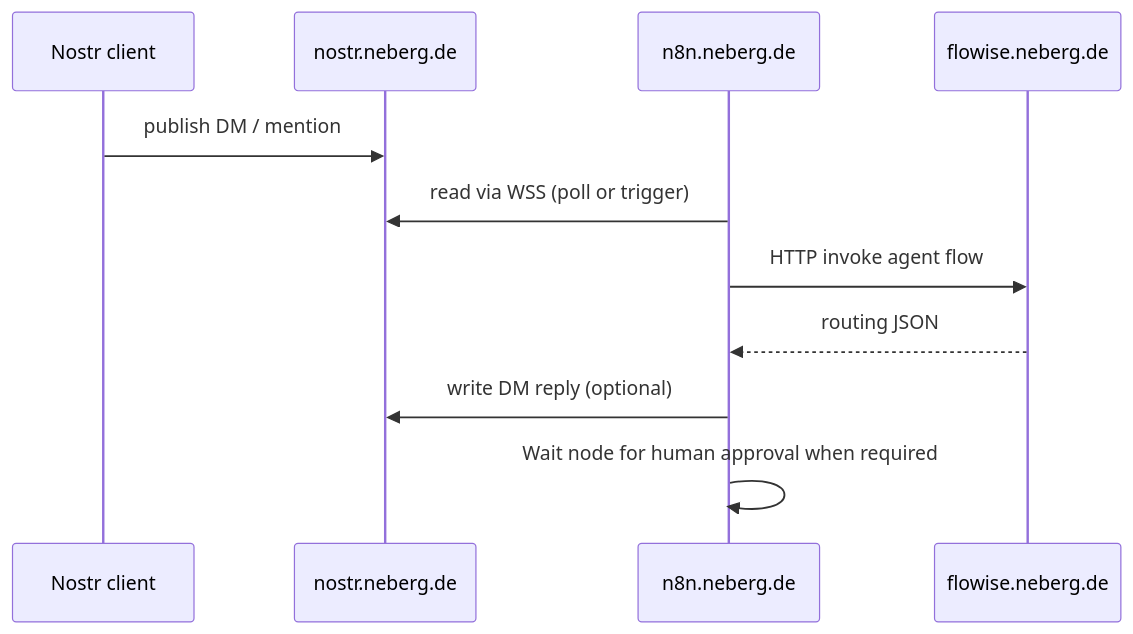
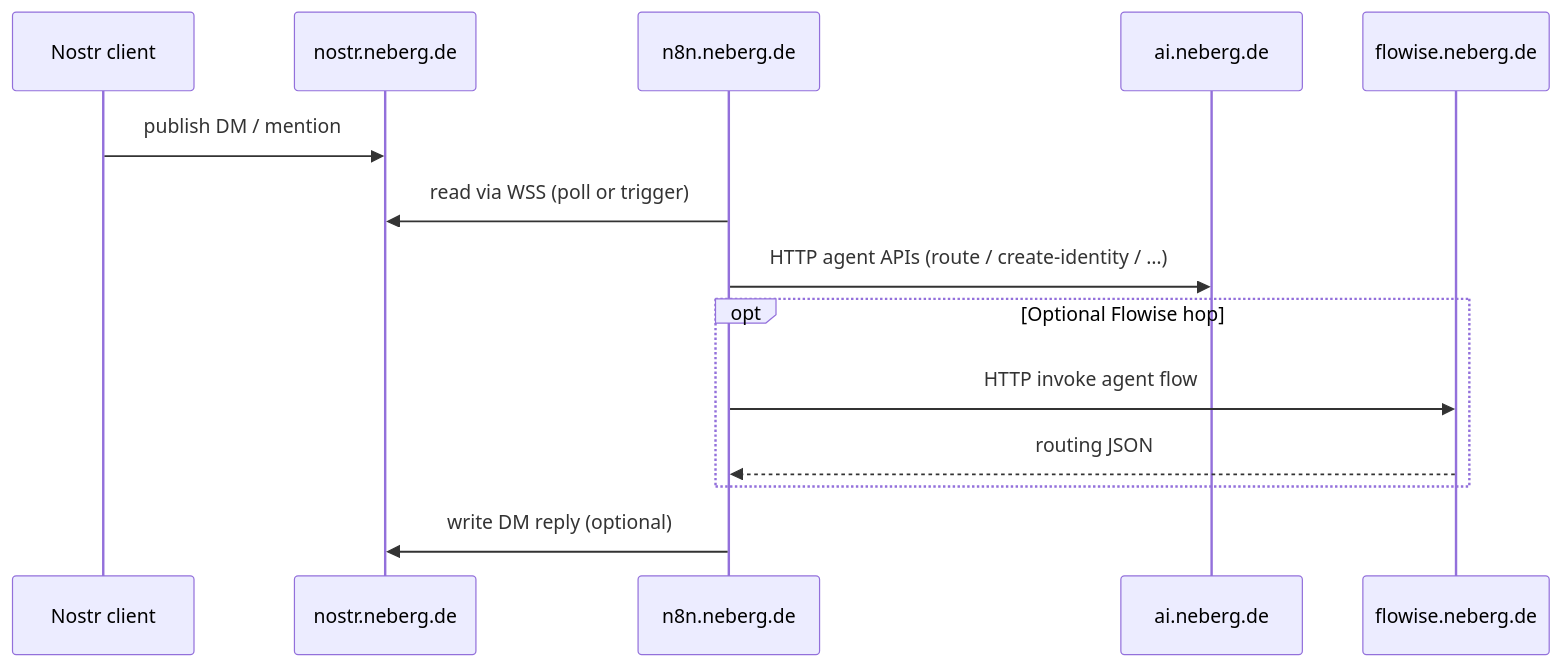
The second of 2 diagrams in docs/deployed-services.md (neberg21/aae), drawn with Mermaid before and after one commit. The commit also changed other lines of this file and 15 other files, not shown here.

Commit message:
docs: update README and agent identity documentation to reflect changes in supervisor nesting, API endpoints, and service hostnames; remove obsolete files and clarify human-in-the-loop processes

````diff
--- a/docs/deployed-services.md
+++ b/docs/deployed-services.md
@@ -63,14 +64,17 @@
 ```mermaid
 sequenceDiagram
   participant Client as Nostr client
   participant Relay as nostr.neberg.de
   participant N8N as n8n.neberg.de
+  participant App as ai.neberg.de
   participant Flow as flowise.neberg.de
 
   Client->>Relay: publish DM / mention
   N8N->>Relay: read via WSS (poll or trigger)
-  N8N->>Flow: HTTP invoke agent flow
-  Flow-->>N8N: routing JSON
+  N8N->>App: HTTP agent APIs (route / create-identity / …)
+  opt Optional Flowise hop
+    N8N->>Flow: HTTP invoke agent flow
+    Flow-->>N8N: routing JSON
+  end
   N8N->>Relay: write DM reply (optional)
-  N8N->>N8N: Wait node for human approval when required
 ```
````
